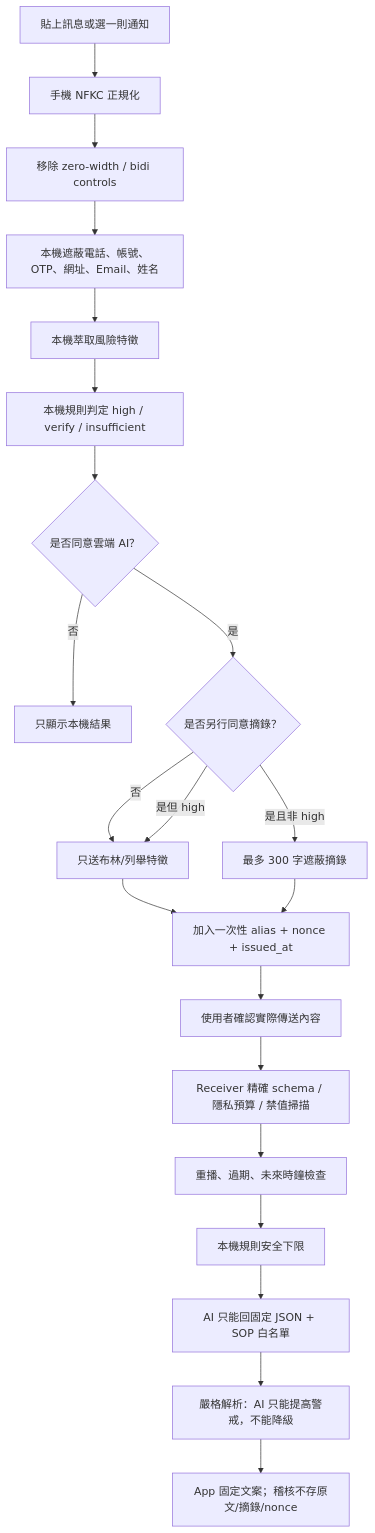
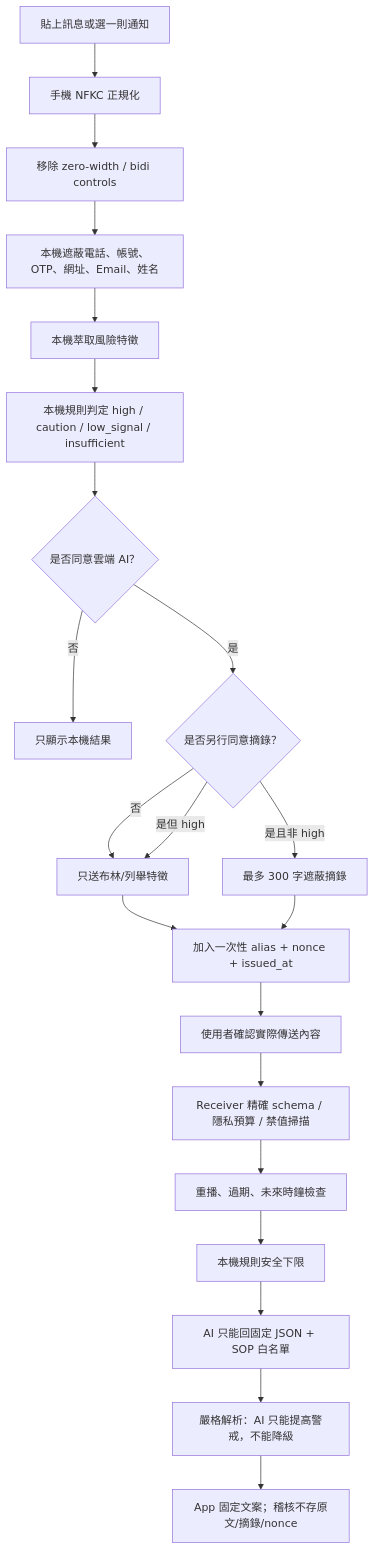
Before and after one commit to Betan423/PriveMVP: the second of 2 diagrams in HANDOFF_SCENARIO_1_2_PRIVACY.md, drawn with Mermaid. The commit also changed other lines of this file and 35 other files, not shown here.

````diff
--- a/HANDOFF_SCENARIO_1_2_PRIVACY.md
+++ b/HANDOFF_SCENARIO_1_2_PRIVACY.md
@@ -345,23 +348,23 @@
 ```mermaid
 flowchart TD
     A[貼上訊息或選一則通知] --> B[手機 NFKC 正規化]
     B --> C[移除 zero-width / bidi controls]
     C --> D[本機遮蔽電話、帳號、OTP、網址、Email、姓名]
     D --> E[本機萃取風險特徵]
-    E --> F[本機規則判定 high / verify / insufficient]
+    E --> F[本機規則判定 high / caution / low_signal / insufficient]
     F --> G{是否同意雲端 AI？}
     G -- 否 --> H[只顯示本機結果]
     G -- 是 --> I{是否另行同意摘錄？}
     I -- 否 --> J[只送布林/列舉特徵]
     I -- 是且非 high --> K[最多 300 字遮蔽摘錄]
     I -- 是但 high --> J
     J --> L[加入一次性 alias + nonce + issued_at]
     K --> L
     L --> M[使用者確認實際傳送內容]
     M --> N[Receiver 精確 schema / 隱私預算 / 禁值掃描]
     N --> O[重播、過期、未來時鐘檢查]
     O --> P[本機規則安全下限]
     P --> Q[AI 只能回固定 JSON + SOP 白名單]
     Q --> R[嚴格解析：AI 只能提高警戒，不能降級]
     R --> S[App 固定文案；稽核不存原文/摘錄/nonce]
 ```
````
